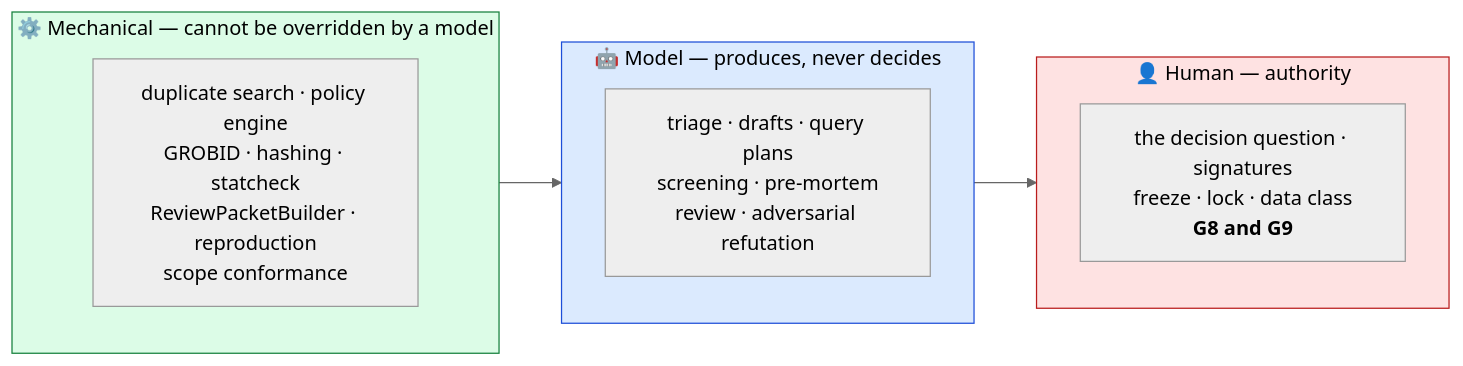
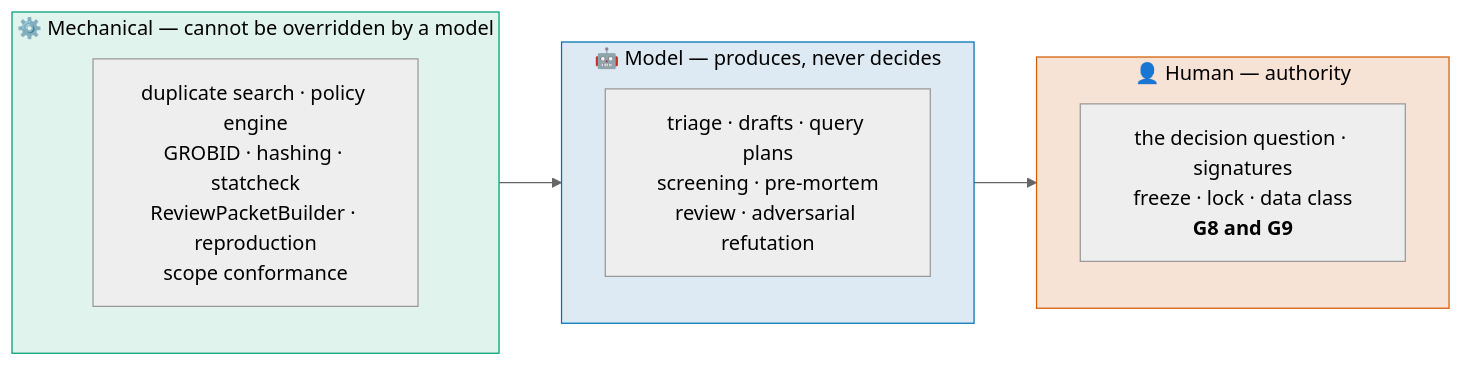
Before and after one commit to furkanhanilci/AETHRION: diagram 14 of 22 in docs/architecture/AIRL_OS_ARCHITECTURE.md, drawn with Mermaid (neutral theme). The commit also changed other lines of this file and 32 other files, not shown here.

````diff
--- a/docs/architecture/AIRL_OS_ARCHITECTURE.md
+++ b/docs/architecture/AIRL_OS_ARCHITECTURE.md
@@ -431,17 +474,17 @@
 ```mermaid
 flowchart LR
     subgraph MECH["⚙️ Mechanical — cannot be overridden by a model"]
         ME["duplicate search · policy engine<br/>GROBID · hashing · statcheck<br/>ReviewPacketBuilder · reproduction<br/>scope conformance"]
     end
     subgraph MODEL["🤖 Model — produces, never decides"]
         MO["triage · drafts · query plans<br/>screening · pre-mortem<br/>review · adversarial refutation"]
     end
     subgraph HUMAN["👤 Human — authority"]
         HU["the decision question · signatures<br/>freeze · lock · data class<br/><b>G8 and G9</b>"]
     end
     MECH --> MODEL --> HUMAN
 
-    style MECH fill:#dcfce7,stroke:#15803d,color:#000
-    style MODEL fill:#dbeafe,stroke:#1d4ed8,color:#000
-    style HUMAN fill:#fee2e2,stroke:#b91c1c,color:#000
+    style MECH fill:#E0F3EC,stroke:#009E73,color:#000
+    style MODEL fill:#DDEAF4,stroke:#0072B2,color:#000
+    style HUMAN fill:#F7E2D6,stroke:#D55E00,color:#000
 ```
````
